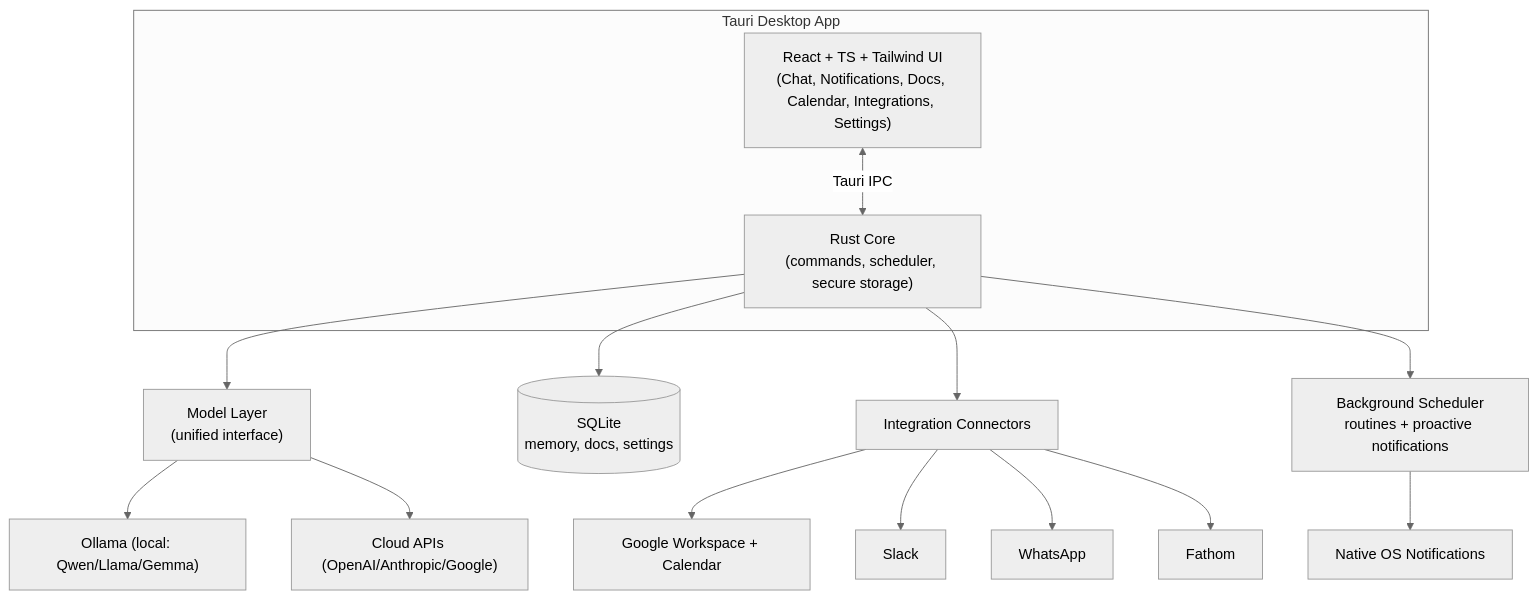
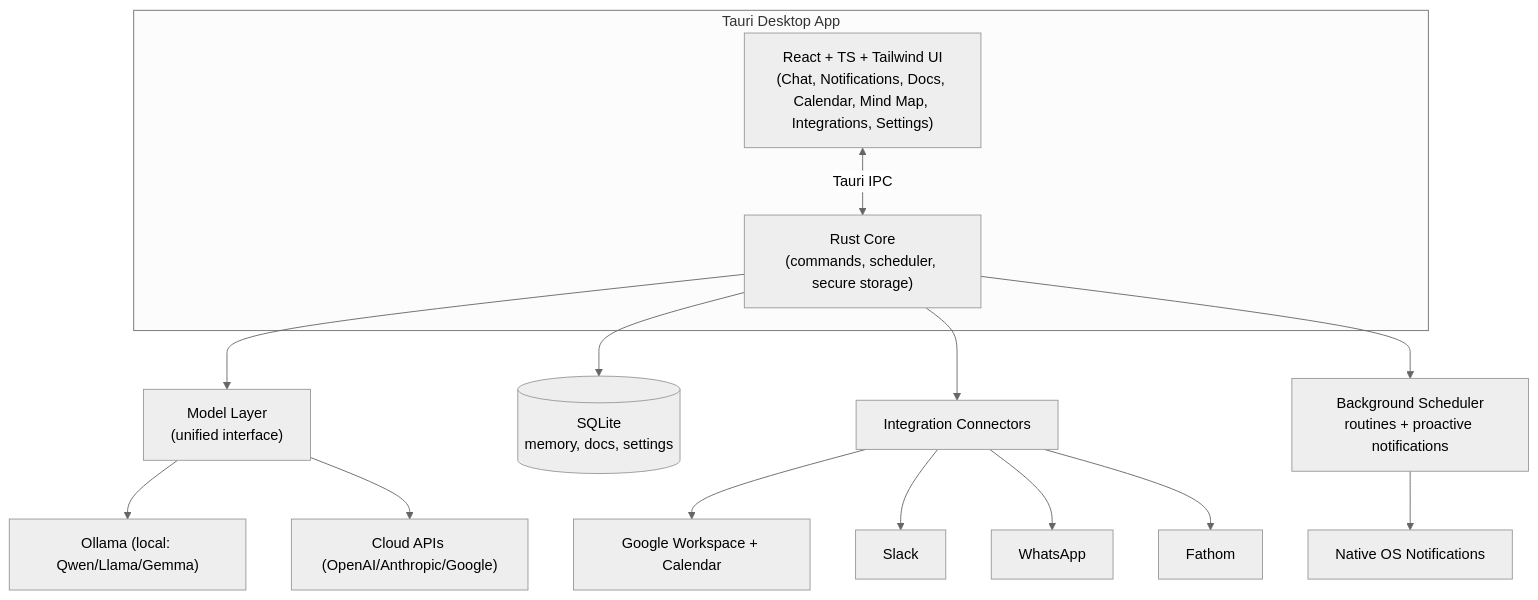
Before and after one commit to duckyquang/Donna: the diagram in CONTEXT.md, drawn with Mermaid (neutral theme). The commit also changed other lines of this file and 14 other files, not shown here.

First line of the commit message:
Add formatted chat output and a continuously-updated Mind Map

````diff
--- a/CONTEXT.md
+++ b/CONTEXT.md
@@ -117,19 +138,19 @@
 ```mermaid
 flowchart TD
   subgraph app [Tauri Desktop App]
-    UI["React + TS + Tailwind UI<br/>(Chat, Notifications, Docs, Calendar, Integrations, Settings)"]
+    UI["React + TS + Tailwind UI<br/>(Chat, Notifications, Docs, Calendar, Mind Map, Integrations, Settings)"]
     Core["Rust Core<br/>(commands, scheduler, secure storage)"]
   end
   UI <-->|Tauri IPC| Core
   Core --> ModelLayer["Model Layer<br/>(unified interface)"]
   ModelLayer --> Ollama["Ollama (local: Qwen/Llama/Gemma)"]
   ModelLayer --> Cloud["Cloud APIs (OpenAI/Anthropic/Google)"]
   Core --> DB[("SQLite<br/>memory, docs, settings")]
   Core --> Integrations["Integration Connectors"]
   Integrations --> Google["Google Workspace + Calendar"]
   Integrations --> Slack
   Integrations --> WhatsApp
   Integrations --> Fathom
   Core --> Scheduler["Background Scheduler<br/>routines + proactive notifications"]
   Scheduler --> Notify["Native OS Notifications"]
 ```
````
